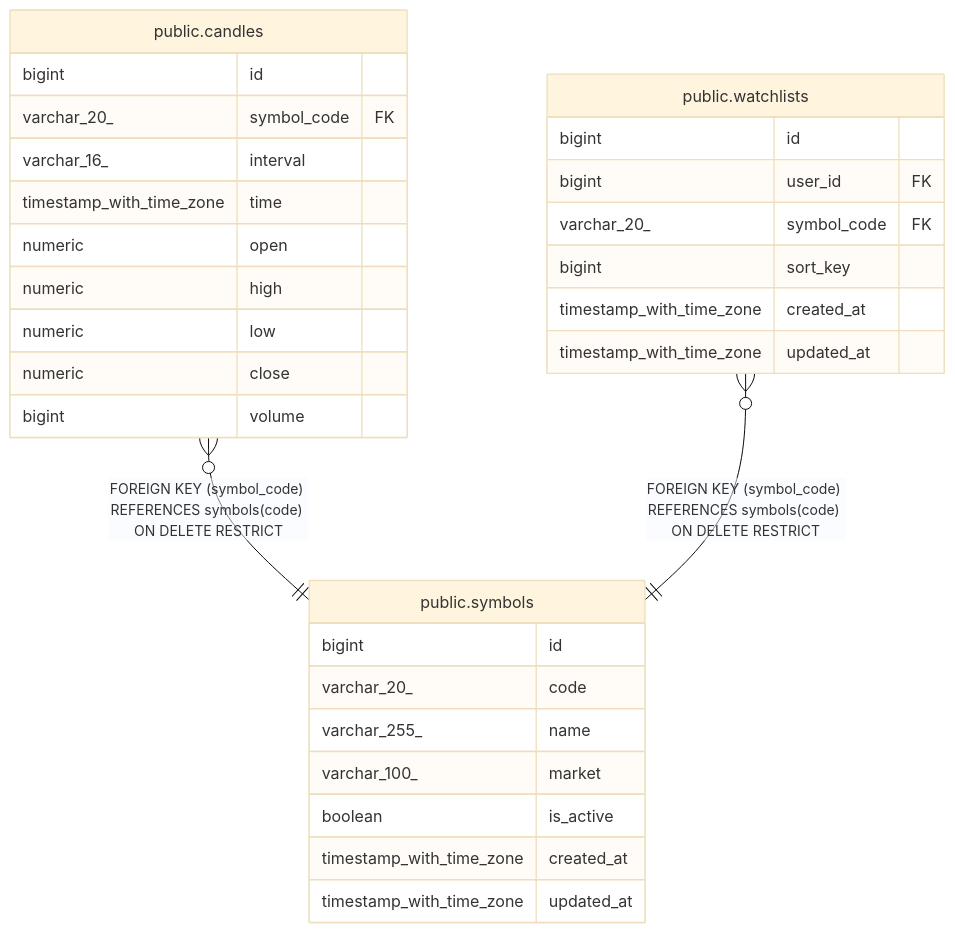
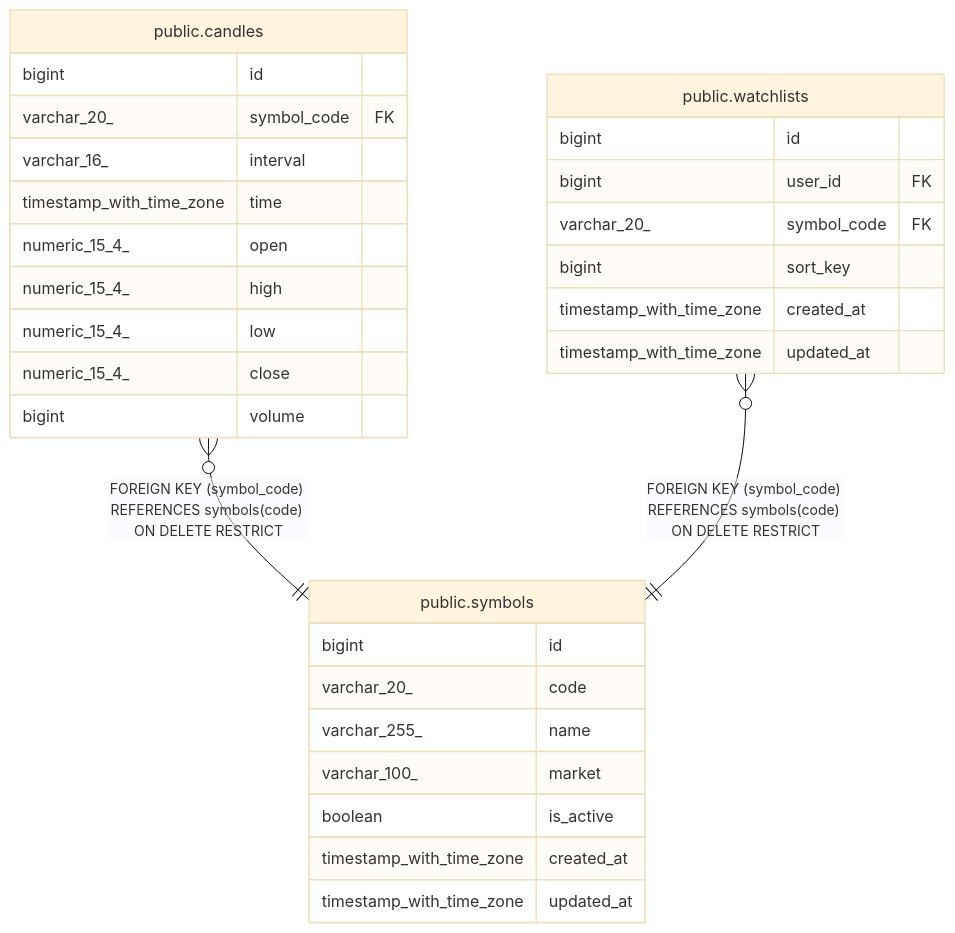
The diagram in docs/schema/public.symbols.md (UCHIDAnobuhiro/stock_backend), drawn with Mermaid (base theme) before and after one commit. The commit also changed 9 other files, not shown here.

````diff
--- a/docs/schema/public.symbols.md
+++ b/docs/schema/public.symbols.md
@@ -30,35 +30,35 @@
 ```mermaid
 erDiagram
 
 "public.candles" }o--|| "public.symbols" : "FOREIGN KEY (symbol_code) REFERENCES symbols(code) ON DELETE RESTRICT"
 "public.watchlists" }o--|| "public.symbols" : "FOREIGN KEY (symbol_code) REFERENCES symbols(code) ON DELETE RESTRICT"
 
 "public.symbols" {
   bigint id ""
   varchar_20_ code ""
   varchar_255_ name ""
   varchar_100_ market ""
   boolean is_active ""
   timestamp_with_time_zone created_at ""
   timestamp_with_time_zone updated_at ""
 }
 "public.candles" {
   bigint id ""
   varchar_20_ symbol_code FK ""
   varchar_16_ interval ""
   timestamp_with_time_zone time ""
-  numeric open ""
-  numeric high ""
-  numeric low ""
-  numeric close ""
+  numeric_15_4_ open ""
+  numeric_15_4_ high ""
+  numeric_15_4_ low ""
+  numeric_15_4_ close ""
   bigint volume ""
 }
 "public.watchlists" {
   bigint id ""
   bigint user_id FK ""
   varchar_20_ symbol_code FK ""
   bigint sort_key ""
   timestamp_with_time_zone created_at ""
   timestamp_with_time_zone updated_at ""
 }
 ```
````
